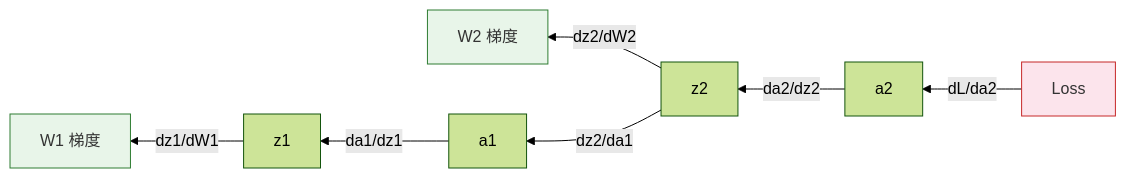
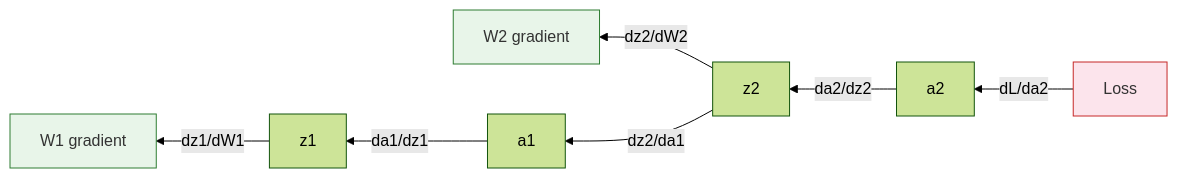
One commit to oudbiao/AI-fullstack-course changed the third of 4 diagrams in docs/ch06-deep-learning/ch01-nn-basics/02-forward-backward.md. Above: the diagram before and after it, drawn with Mermaid (forest theme). The commit also changed other lines of this file and 1406 other files, not shown here.

````diff
--- a/docs/ch06-deep-learning/ch01-nn-basics/02-forward-backward.md
+++ b/docs/ch06-deep-learning/ch01-nn-basics/02-forward-backward.md
@@ -221,13 +221,13 @@
 ```mermaid
 flowchart RL
     L["Loss"] --> |"dL/da2"|A2["a2"]
     A2 --> |"da2/dz2"|Z2["z2"]
-    Z2 --> |"dz2/dW2"|W2["W2 梯度"]
+    Z2 --> |"dz2/dW2"|W2["W2 gradient"]
     Z2 --> |"dz2/da1"|A1["a1"]
     A1 --> |"da1/dz1"|Z1["z1"]
-    Z1 --> |"dz1/dW1"|W1["W1 梯度"]
+    Z1 --> |"dz1/dW1"|W1["W1 gradient"]
 
     style L fill:#fce4ec,stroke:#c62828,color:#333
     style W2 fill:#e8f5e9,stroke:#2e7d32,color:#333
     style W1 fill:#e8f5e9,stroke:#2e7d32,color:#333
 ```
````
